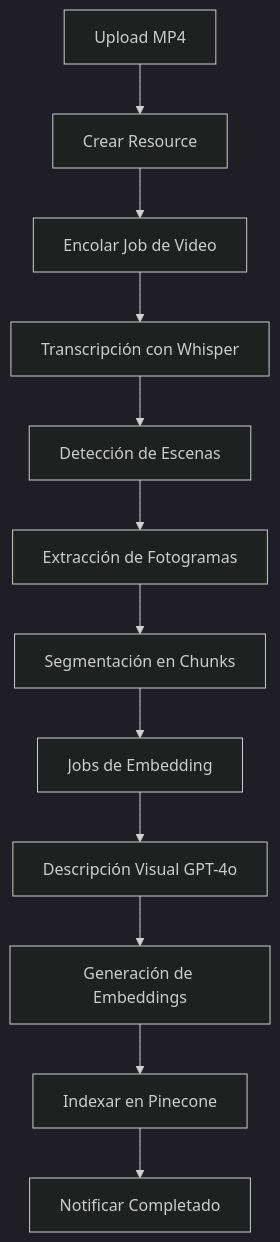
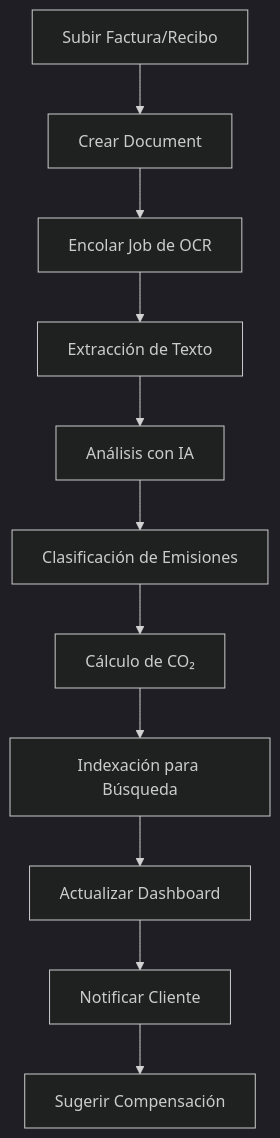
The diagram in README.md (berminguez/trinoa), drawn with Mermaid (dark theme) before and after one commit. The commit also changed other lines of this file and 25 other files, not shown here.

````diff
--- a/README.md
+++ b/README.md
@@ -375,14 +283,13 @@
 ```mermaid
 graph TD
-    A[Upload MP4] --> B[Crear Resource]
-    B --> C[Encolar Job de Video]
-    C --> D[Transcripción con Whisper]
-    D --> E[Detección de Escenas]
-    E --> F[Extracción de Fotogramas]
-    F --> G[Segmentación en Chunks]
-    G --> H[Jobs de Embedding]
-    H --> I[Descripción Visual GPT-4o]
-    I --> J[Generación de Embeddings]
-    J --> K[Indexar en Pinecone]
-    K --> L[Notificar Completado]
+    A[Subir Factura/Recibo] --> B[Crear Document]
+    B --> C[Encolar Job de OCR]
+    C --> D[Extracción de Texto]
+    D --> E[Análisis con IA]
+    E --> F[Clasificación de Emisiones]
+    F --> G[Cálculo de CO₂]
+    G --> H[Indexación para Búsqueda]
+    H --> I[Actualizar Dashboard]
+    I --> J[Notificar Cliente]
+    J --> K[Sugerir Compensación]
 ```
````
